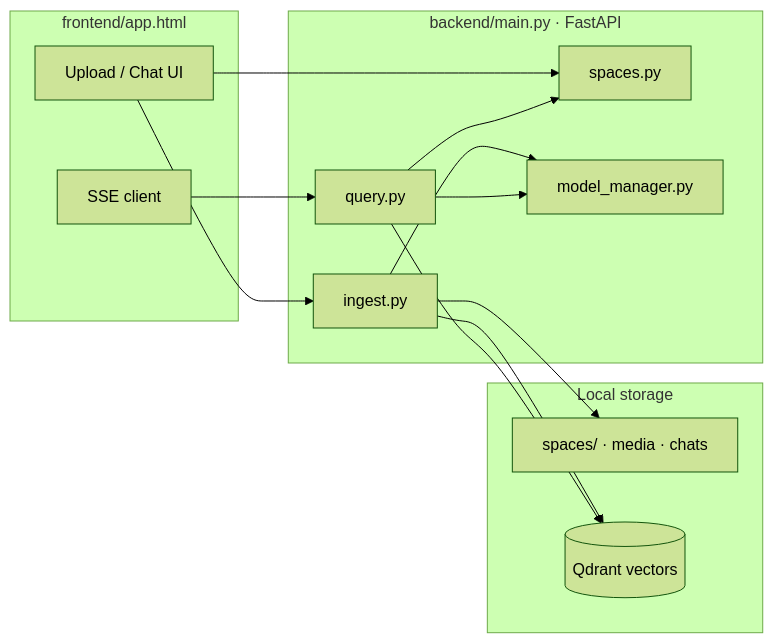
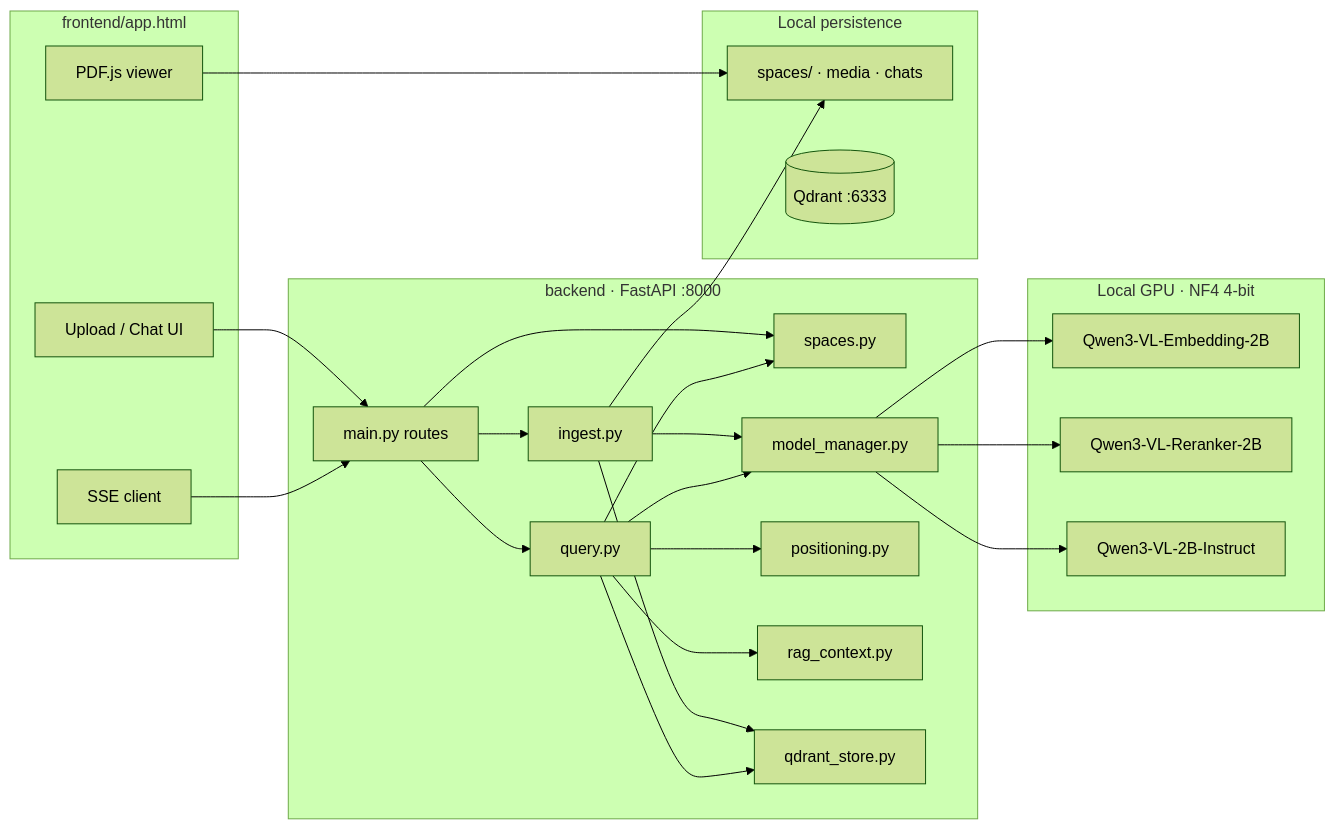
Before and after one commit to arshiatehrani/local-multimodal-rag: the first of 15 diagrams in README.md, drawn with Mermaid (forest theme). The commit also changed other lines of this file and 4 other files, not shown here.

````diff
--- a/README.md
+++ b/README.md
@@ -104,29 +150,48 @@
 ```mermaid
 flowchart LR
   subgraph UI["frontend/app.html"]
     Upload[Upload / Chat UI]
     SSE[SSE client]
+    PDFjs[PDF.js viewer]
   end
 
-  subgraph API["backend/main.py · FastAPI"]
+  subgraph API["backend · FastAPI :8000"]
+    Main[main.py routes]
     Spaces[spaces.py]
     Ingest[ingest.py]
     Query[query.py]
     MM[model_manager.py]
+    Pos[positioning.py]
+    Ctx[rag_context.py]
+    QStore[qdrant_store.py]
   end
 
-  subgraph Store["Local storage"]
-    Disk["spaces/ · media · chats"]
-    Qdrant[(Qdrant vectors)]
+  subgraph Models["Local GPU · NF4 4-bit"]
+    Emb[Qwen3-VL-Embedding-2B]
+    Rer[Qwen3-VL-Reranker-2B]
+    Gen[Qwen3-VL-2B-Instruct]
   end
 
-  Upload --> Spaces
-  Upload --> Ingest
+  subgraph Store["Local persistence"]
+    Disk["spaces/ · media · chats"]
+    Qdrant[(Qdrant :6333)]
+  end
+
+  Upload --> Main
+  SSE --> Main
+  Main --> Spaces
+  Main --> Ingest
+  Main --> Query
   Ingest --> MM
-  Ingest --> Qdrant
+  Ingest --> QStore
   Ingest --> Disk
-  SSE --> Query
   Query --> MM
-  Query --> Qdrant
+  Query --> QStore
+  Query --> Pos
+  Query --> Ctx
   Query --> Spaces
+  MM --> Emb
+  MM --> Rer
+  MM --> Gen
+  PDFjs --> Disk
 ```
````
